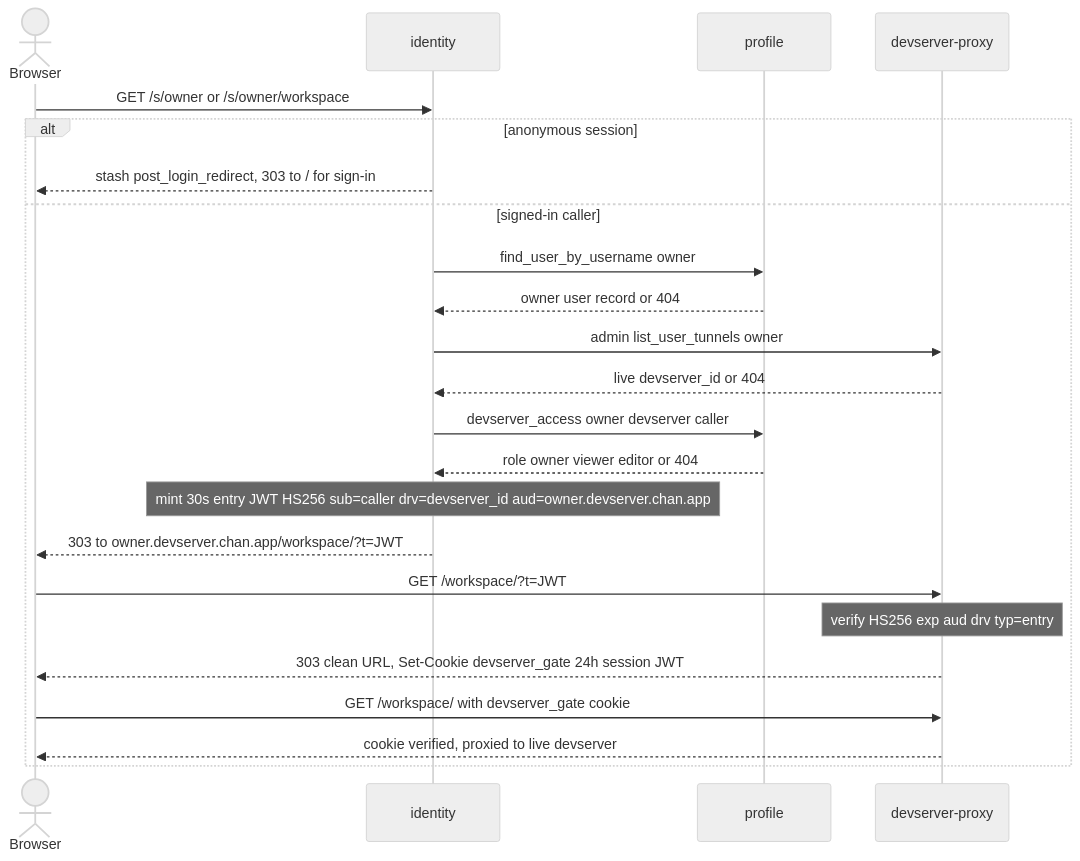
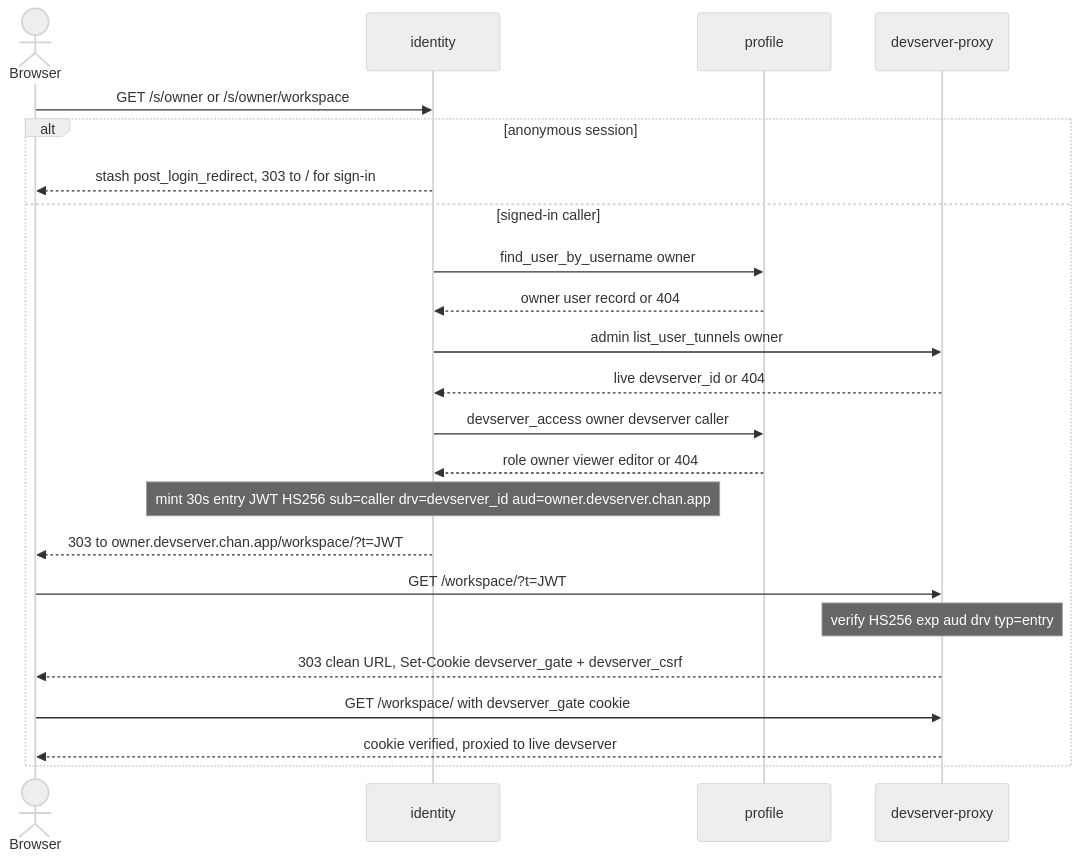
Before and after one commit to likewhatevs/chan: the second of 2 diagrams in gateway/crates/identity/design.md, drawn with Mermaid (neutral theme). The commit also changed other lines of this file and 40 other files, not shown here.

````diff
--- a/gateway/crates/identity/design.md
+++ b/gateway/crates/identity/design.md
@@ -115,26 +115,26 @@
 ```mermaid
 sequenceDiagram
     actor Browser
     participant ID as identity
     participant Profile as profile
     participant Proxy as devserver-proxy
 
     Browser->>ID: GET /s/owner or /s/owner/workspace
     alt anonymous session
         ID-->>Browser: stash post_login_redirect, 303 to / for sign-in
     else signed-in caller
         ID->>Profile: find_user_by_username owner
         Profile-->>ID: owner user record or 404
         ID->>Proxy: admin list_user_tunnels owner
         Proxy-->>ID: live devserver_id or 404
         ID->>Profile: devserver_access owner devserver caller
         Profile-->>ID: role owner viewer editor or 404
         Note over ID: mint 30s entry JWT HS256 sub=caller drv=devserver_id aud=owner.devserver.chan.app
         ID-->>Browser: 303 to owner.devserver.chan.app/workspace/?t=JWT
         Browser->>Proxy: GET /workspace/?t=JWT
         Note over Proxy: verify HS256 exp aud drv typ=entry
-        Proxy-->>Browser: 303 clean URL, Set-Cookie devserver_gate 24h session JWT
+        Proxy-->>Browser: 303 clean URL, Set-Cookie devserver_gate + devserver_csrf
         Browser->>Proxy: GET /workspace/ with devserver_gate cookie
         Proxy-->>Browser: cookie verified, proxied to live devserver
     end
 ```
````
